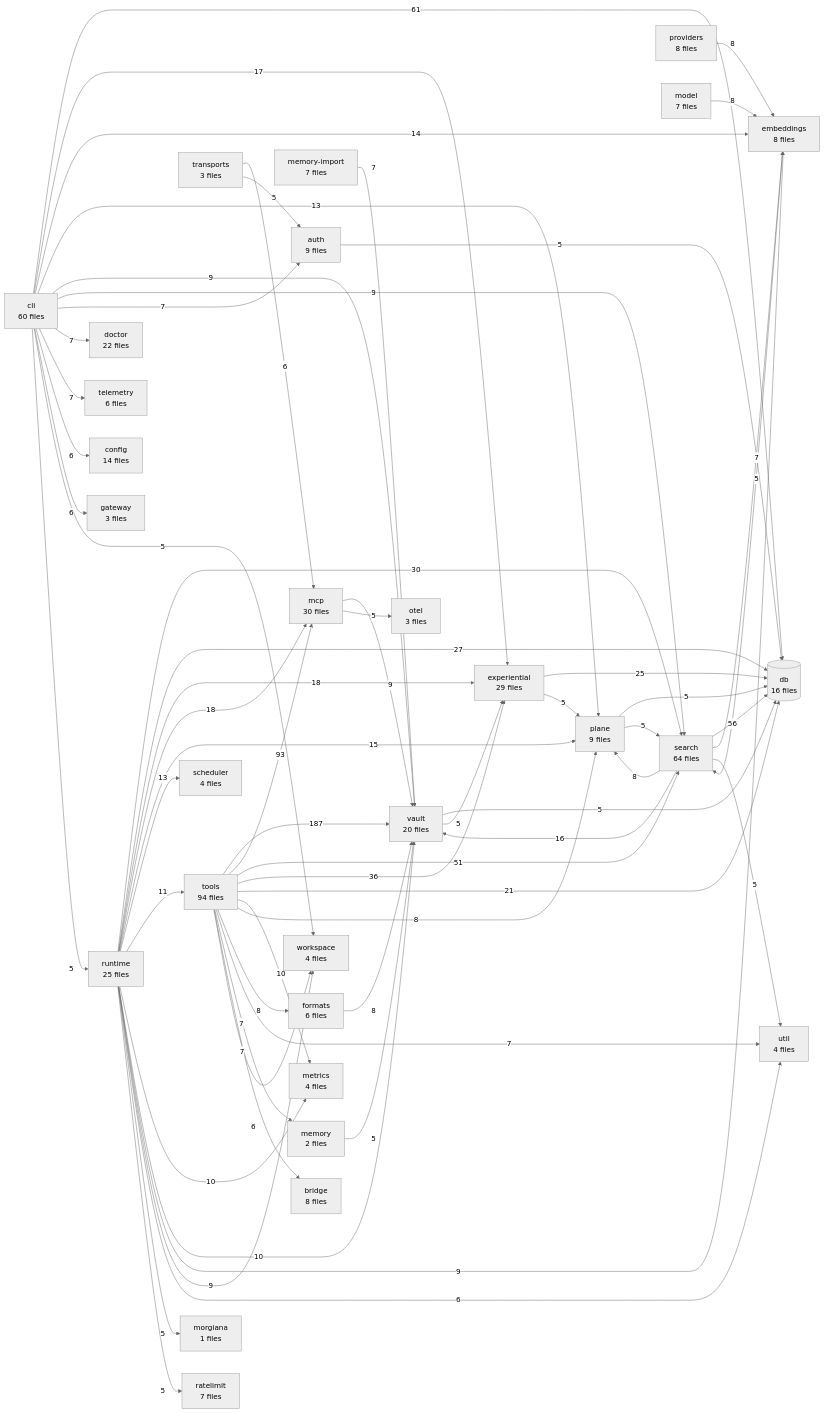
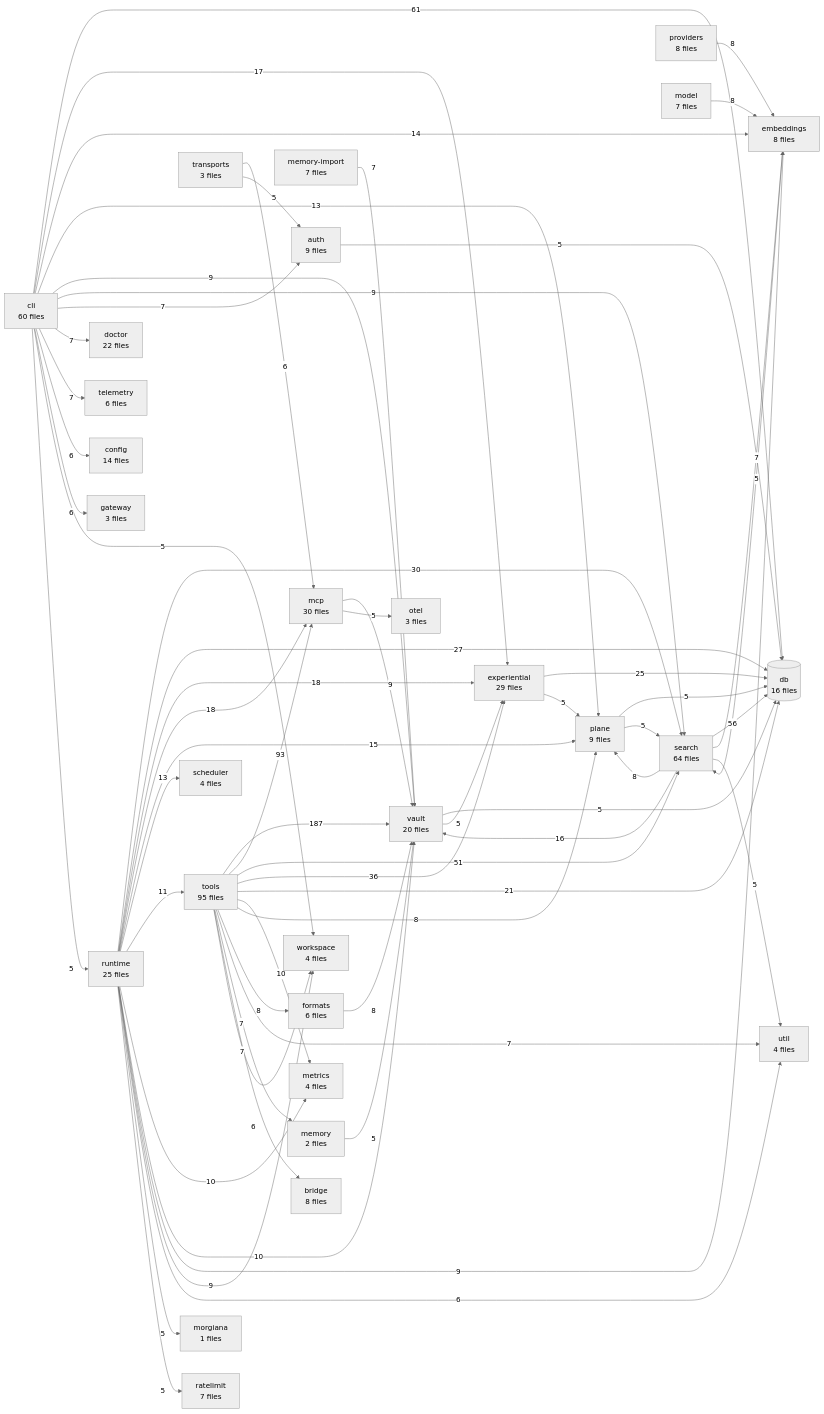
One commit to The-40-Thieves/obsidian-tc changed the diagram in TREE.md. Above: the diagram before and after it, drawn with Mermaid (neutral theme). The commit also changed other lines of this file and 7 other files, not shown here.

````diff
--- a/TREE.md
+++ b/TREE.md
@@ -329,6 +329,6 @@
 ```mermaid
 flowchart LR
-  tools[tools<br/>94 files]
+  tools[tools<br/>95 files]
   search[search<br/>64 files]
   cli[cli<br/>60 files]
   mcp[mcp<br/>30 files]
````
